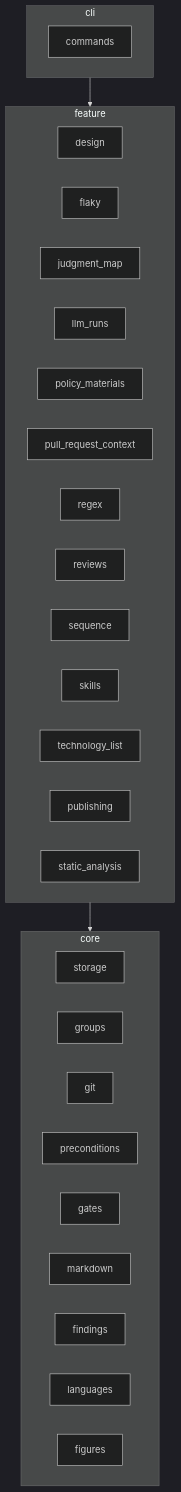
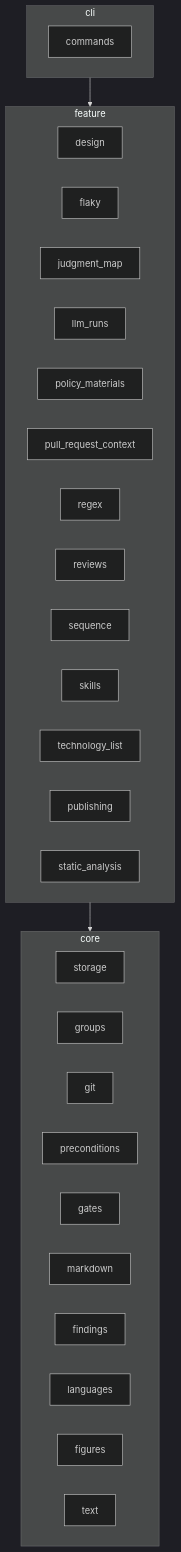
The diagram in jigane/README.md (kokiTakashiki/jigane), drawn with Mermaid (dark theme) before and after one commit. The commit also changed other lines of this file and 336 other files, not shown here.

````diff
--- a/jigane/README.md
+++ b/jigane/README.md
@@ -56,34 +57,35 @@
 ```mermaid
 flowchart TB
     subgraph core
         storage
         groups
         git
         preconditions
         gates
         markdown
         findings
         languages
         figures
+        text
     end
     subgraph feature
         design
         flaky
         judgment_map
         llm_runs
         policy_materials
         pull_request_context
         regex
         reviews
         sequence
         skills
         technology_list
         publishing
         static_analysis
     end
     subgraph cli
         commands
     end
     cli --> feature
     feature --> core
 ```
````
